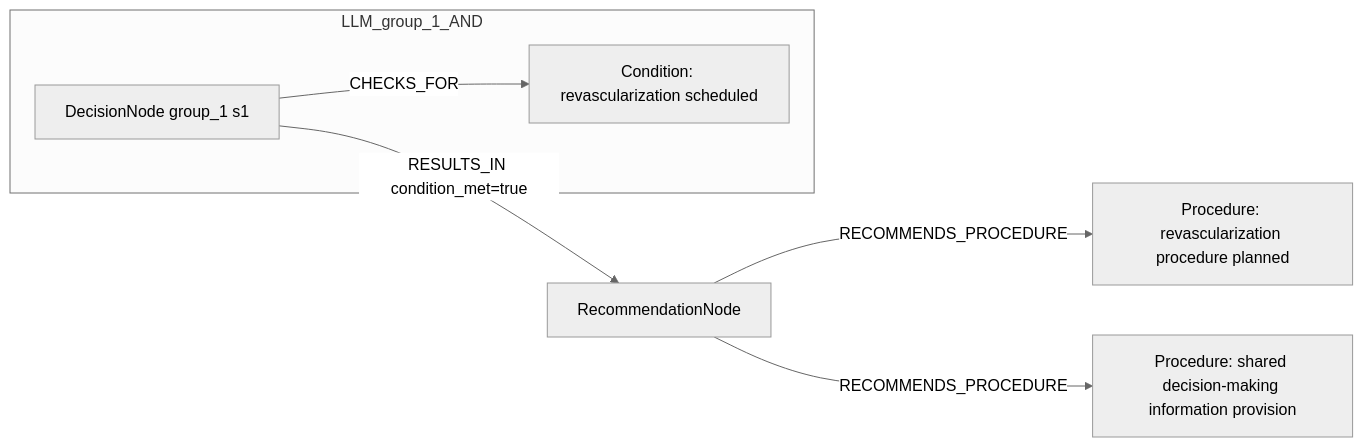
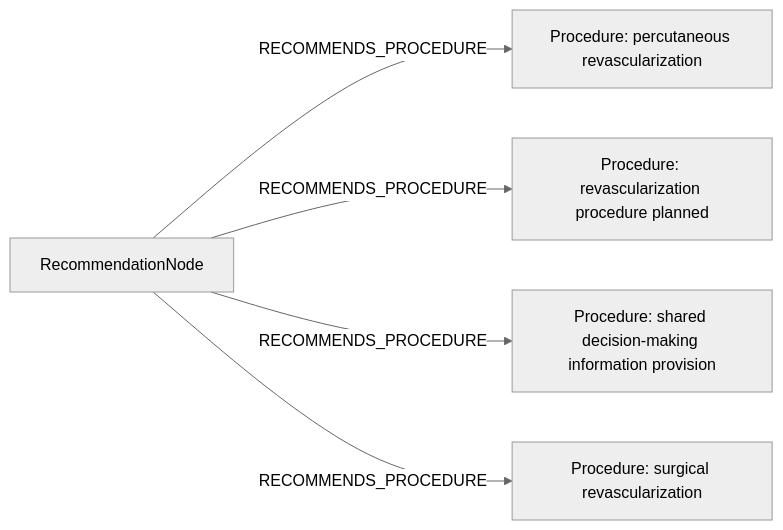
The second of 2 diagrams in docs/table22_rows_comparison/row_01.md (dieterich-lab/CardioGuidelinesGraph), drawn with Mermaid (neutral theme) before and after one commit. The commit also changed other lines of this file and 20 other files, not shown here.

````diff
--- a/docs/table22_rows_comparison/row_01.md
+++ b/docs/table22_rows_comparison/row_01.md
@@ -223,14 +324,12 @@
 ```mermaid
 graph LR
   REC[RecommendationNode]
-  ACT1[Procedure: revascularization procedure planned]
+  ACT1[Procedure: percutaneous revascularization]
   REC -->|RECOMMENDS_PROCEDURE| ACT1
-  ACT2[Procedure: shared decision-making information provision]
+  ACT2[Procedure: revascularization procedure planned]
   REC -->|RECOMMENDS_PROCEDURE| ACT2
-  subgraph LLM_group_1_AND
-    D_group_1_1[DecisionNode group_1 s1]
-    C_group_1_1[Condition: revascularization scheduled]
-    D_group_1_1 -->|CHECKS_FOR| C_group_1_1
-  end
-  D_group_1_1 -->|RESULTS_IN condition_met=true| REC
+  ACT3[Procedure: shared decision-making information provision]
+  REC -->|RECOMMENDS_PROCEDURE| ACT3
+  ACT4[Procedure: surgical revascularization]
+  REC -->|RECOMMENDS_PROCEDURE| ACT4
 ```
````
